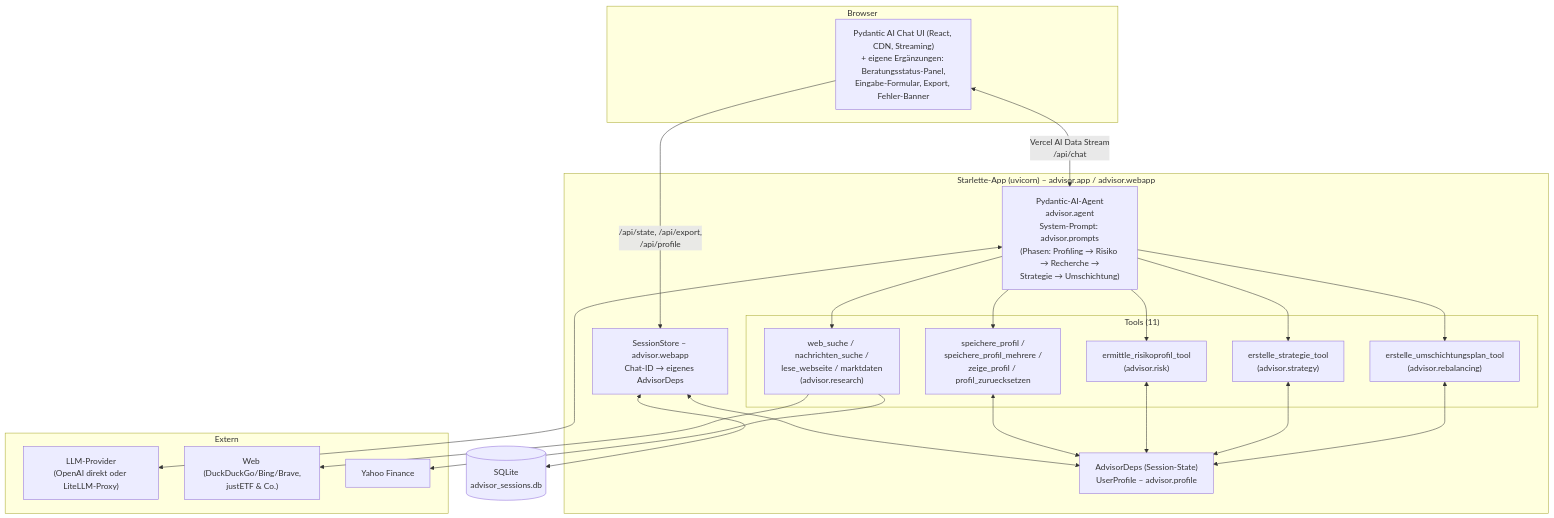
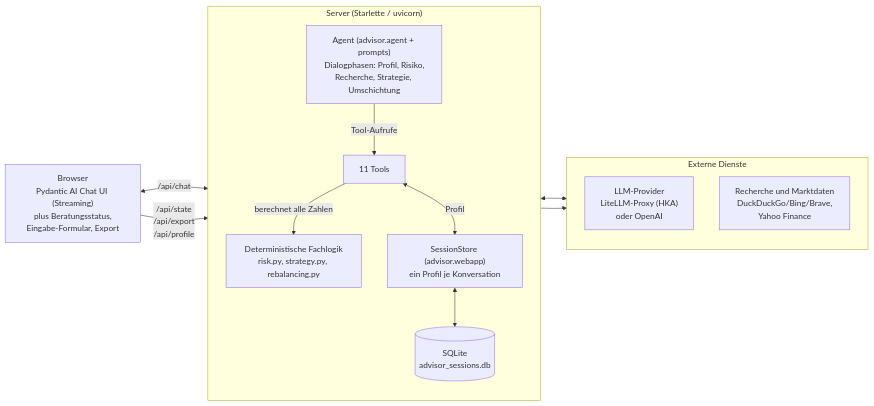
One commit to dominikwipfler/personal_financial_advisor changed the diagram in README.md. Above: the diagram before and after it, drawn with Mermaid. The commit also changed other lines of this file, not shown here.

Commit message:
docs: Architekturdiagramm lesbar machen
Das Diagramm war durch die vielen Einzelknoten (5 Tool-Boxen mit je
eigener Verbindung zum State) zu einem Kabelknaeuel gerendert; zudem
platzierte Mermaid die externen Dienste optisch innerhalb des
Server-Kastens, sodass es aussah, als liefen LLM-Provider und Yahoo
Finance auf dem eigenen Server.

Jetzt eine Schichten-Darstellung von links nach rechts: Browser,
Server (Agent -> Tools -> Fachlogik/SessionStore -> SQLite) und
externe Dienste in einem eigenen Block. Die Aufzaehlung der 11 Tools
steht als Text unter dem Diagramm statt als Knoten darin.

Rendering mit mermaid-cli geprueft.

````diff
--- a/README.md
+++ b/README.md
@@ -76,41 +76,28 @@
 ```mermaid
-flowchart TB
-    subgraph Browser
-        UI["Pydantic AI Chat UI (React, CDN, Streaming)<br/>+ eigene Ergänzungen: Beratungsstatus-Panel,<br/>Eingabe-Formular, Export, Fehler-Banner"]
+flowchart LR
+    UI["Browser<br/>Pydantic AI Chat UI (Streaming)<br/>plus Beratungsstatus,<br/>Eingabe-Formular, Export"]
+
+    subgraph SERVER["Server (Starlette / uvicorn)"]
+        direction TB
+        AGENT["Agent (advisor.agent + prompts)<br/>Dialogphasen: Profil, Risiko,<br/>Recherche, Strategie, Umschichtung"]
+        TOOLS["11 Tools"]
+        LOGIK["Deterministische Fachlogik<br/>risk.py, strategy.py, rebalancing.py"]
+        STORE["SessionStore (advisor.webapp)<br/>ein Profil je Konversation"]
+        DB[("SQLite<br/>advisor_sessions.db")]
     end
 
-    subgraph Server["Starlette-App (uvicorn) – advisor.app / advisor.webapp"]
-        AGENT["Pydantic-AI-Agent<br/>advisor.agent<br/>System-Prompt: advisor.prompts<br/>(Phasen: Profiling → Risiko → Recherche →<br/>Strategie → Umschichtung)"]
-        STORE["SessionStore – advisor.webapp<br/>Chat-ID → eigenes AdvisorDeps"]
-        DEPS["AdvisorDeps (Session-State)<br/>UserProfile – advisor.profile"]
-
-        subgraph Tools["Tools (11)"]
-            T1["speichere_profil /<br/>speichere_profil_mehrere /<br/>zeige_profil / profil_zuruecksetzen"]
-            T2["ermittle_risikoprofil_tool<br/>(advisor.risk)"]
-            T3["erstelle_strategie_tool<br/>(advisor.strategy)"]
-            T5["erstelle_umschichtungsplan_tool<br/>(advisor.rebalancing)"]
-            T4["web_suche / nachrichten_suche /<br/>lese_webseite / marktdaten<br/>(advisor.research)"]
-        end
+    subgraph EXTERN["Externe Dienste"]
+        direction TB
+        LLM["LLM-Provider<br/>LiteLLM-Proxy (HKA)<br/>oder OpenAI"]
+        NET["Recherche und Marktdaten<br/>DuckDuckGo/Bing/Brave,<br/>Yahoo Finance"]
     end
 
-    subgraph Extern
-        LLM["LLM-Provider<br/>(OpenAI direkt oder LiteLLM-Proxy)"]
-        WEB["Web (DuckDuckGo/Bing/Brave,<br/>justETF & Co.)"]
-        YF["Yahoo Finance"]
-    end
-
-    DB[("SQLite<br/>advisor_sessions.db")]
-
-    UI <-->|"Vercel AI Data Stream<br/>/api/chat"| AGENT
-    UI -->|"/api/state, /api/export,<br/>/api/profile"| STORE
+    UI <-->|"/api/chat"| AGENT
+    UI -->|"/api/state<br/>/api/export<br/>/api/profile"| STORE
+    AGENT -->|"Tool-Aufrufe"| TOOLS
     AGENT <--> LLM
-    AGENT --> T1 & T2 & T3 & T5 & T4
-    STORE <--> DEPS
+    TOOLS -->|"berechnet alle Zahlen"| LOGIK
+    TOOLS --> NET
+    TOOLS <-->|"Profil"| STORE
     STORE <--> DB
-    T1 <--> DEPS
-    T2 <--> DEPS
-    T3 <--> DEPS
-    T5 <--> DEPS
-    T4 --> WEB
-    T4 --> YF
 ```
````
